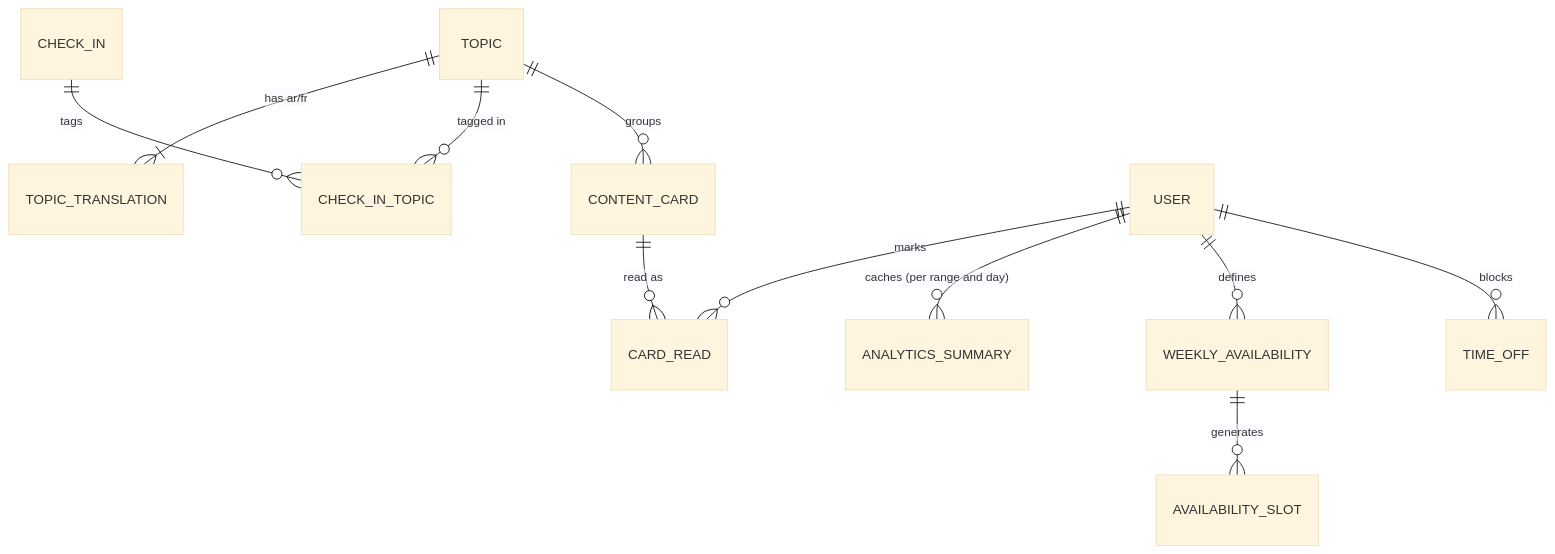
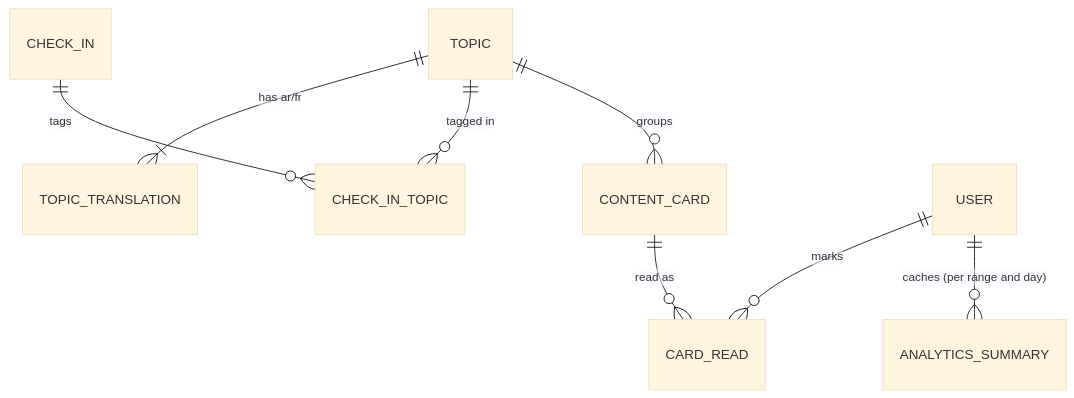
Before and after one commit to meriemchebab/Rahati: the fourth of 10 diagrams in README.md, drawn with Mermaid (base theme). The commit also changed other lines of this file, not shown here.

````diff
--- a/README.md
+++ b/README.md
@@ -194,13 +209,10 @@
 ```mermaid
 erDiagram
   TOPIC ||--|{ TOPIC_TRANSLATION : "has ar/fr"
   CHECK_IN ||--o{ CHECK_IN_TOPIC : tags
   TOPIC ||--o{ CHECK_IN_TOPIC : "tagged in"
   TOPIC ||--o{ CONTENT_CARD : groups
   USER ||--o{ CARD_READ : marks
   CONTENT_CARD ||--o{ CARD_READ : "read as"
   USER ||--o{ ANALYTICS_SUMMARY : "caches (per range and day)"
-  USER ||--o{ WEEKLY_AVAILABILITY : defines
-  USER ||--o{ TIME_OFF : blocks
-  WEEKLY_AVAILABILITY ||--o{ AVAILABILITY_SLOT : generates
 ```
````
